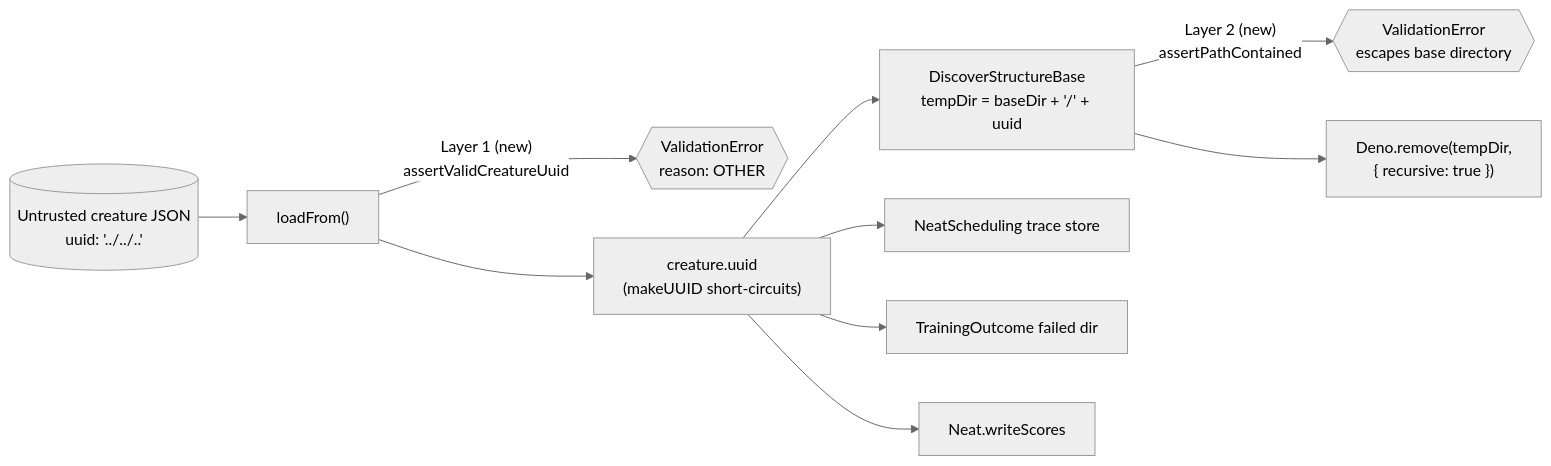
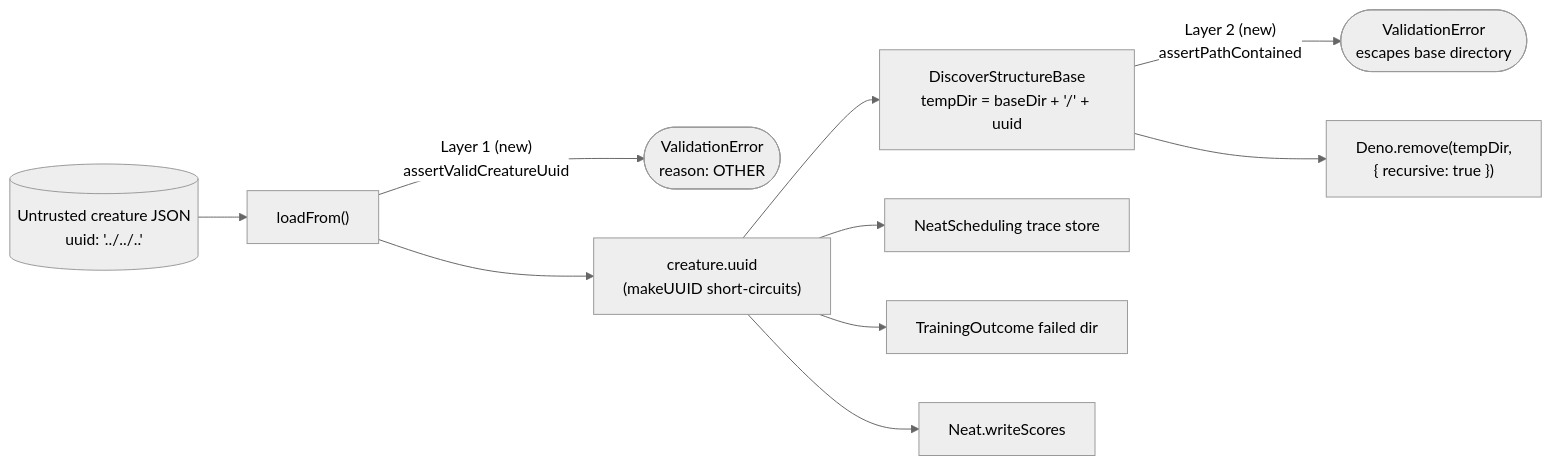
Before and after one commit to stSoftwareAU/NEAT-AI: the diagram in docs/archive/pr-summaries/pr-summary-3670.md, drawn with Mermaid (neutral theme). The commit also changed 6 other files, not shown here.

````diff
--- a/docs/archive/pr-summaries/pr-summary-3670.md
+++ b/docs/archive/pr-summaries/pr-summary-3670.md
@@ -60,12 +60,12 @@
 ```mermaid
 flowchart LR
     JSON[("Untrusted creature JSON<br/>uuid: '../../..'")] --> LF["loadFrom()"]
-    LF -->|"Layer 1 (new)<br/>assertValidCreatureUuid"| Reject1{{"ValidationError<br/>reason: OTHER"}}
+    LF -->|"Layer 1 (new)<br/>assertValidCreatureUuid"| Reject1(["ValidationError<br/>reason: OTHER"])
     LF --> C["creature.uuid<br/>(makeUUID short-circuits)"]
     C --> DS["DiscoverStructureBase<br/>tempDir = baseDir + '/' + uuid"]
-    DS -->|"Layer 2 (new)<br/>assertPathContained"| Reject2{{"ValidationError<br/>escapes base directory"}}
+    DS -->|"Layer 2 (new)<br/>assertPathContained"| Reject2(["ValidationError<br/>escapes base directory"])
     DS --> RM["Deno.remove(tempDir,<br/>{ recursive: true })"]
     C --> W1["NeatScheduling trace store"]
     C --> W2["TrainingOutcome failed dir"]
     C --> W3["Neat.writeScores"]
 ```
````
